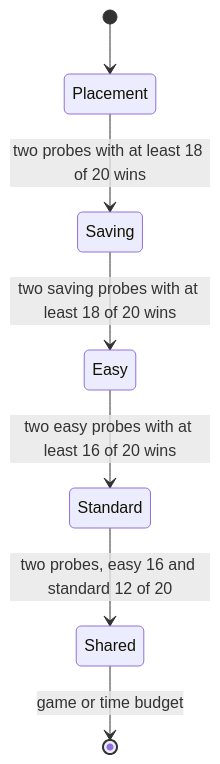
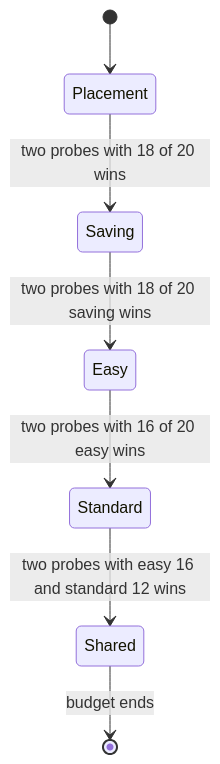
One commit to Comb1e/RL-Pvz changed the fourth of 5 diagrams in docs/architecture.md. Above: the diagram before and after it, drawn with Mermaid. The commit also changed other lines of this file and 49 other files, not shown here.

````diff
--- a/docs/architecture.md
+++ b/docs/architecture.md
@@ -116,9 +128,9 @@
 ```mermaid
 stateDiagram-v2
     [*] --> Placement
-    Placement --> Saving: two probes with at least 18 of 20 wins
-    Saving --> Easy: two saving probes with at least 18 of 20 wins
-    Easy --> Standard: two easy probes with at least 16 of 20 wins
-    Standard --> Shared: two probes, easy 16 and standard 12 of 20
-    Shared --> [*]: game or time budget
+    Placement --> Saving: two probes with 18 of 20 wins
+    Saving --> Easy: two probes with 18 of 20 saving wins
+    Easy --> Standard: two probes with 16 of 20 easy wins
+    Standard --> Shared: two probes with easy 16 and standard 12 wins
+    Shared --> [*]: budget ends
 ```
````
